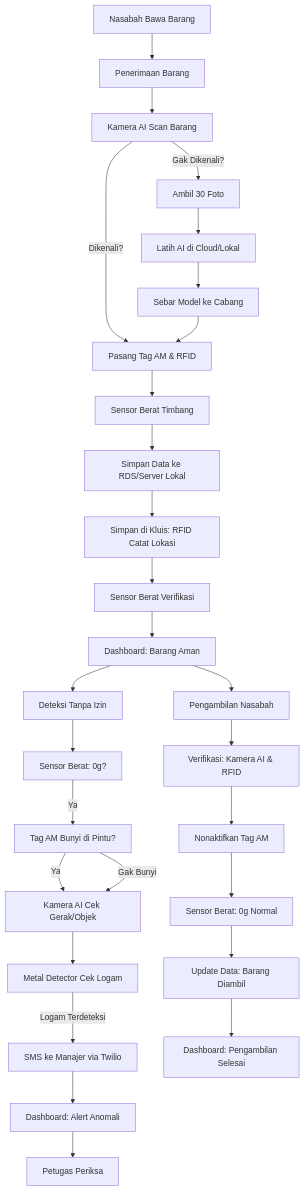
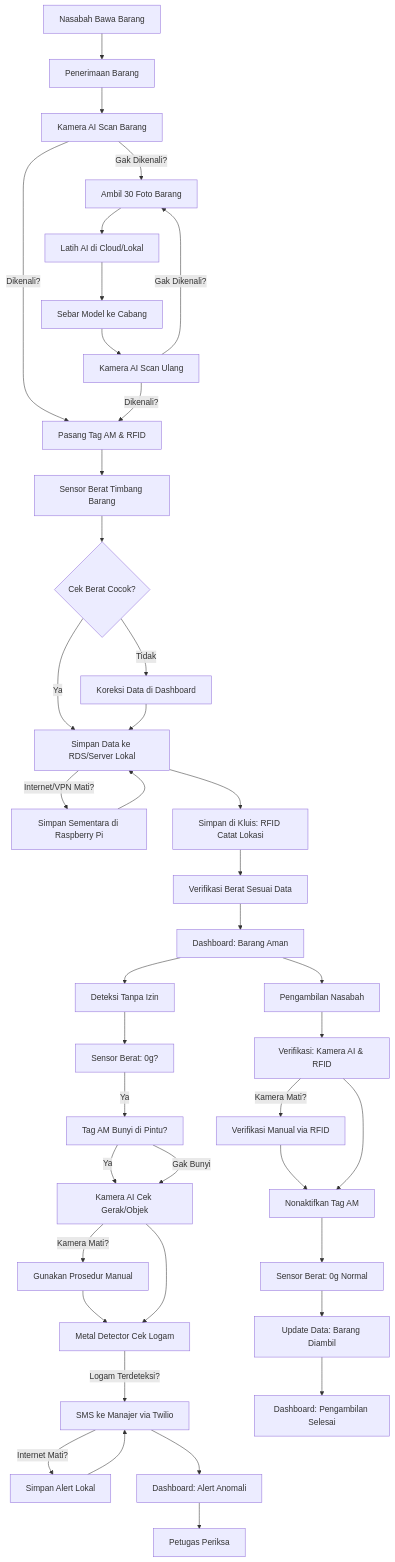
One commit to dionsanjaya/EVSS---Entitas-Vault-Security-System changed the diagram in Simulasi_contoh_kasus.md. Above: the diagram before and after it, drawn with Mermaid.

````diff
--- a/Simulasi_contoh_kasus.md
+++ b/Simulasi_contoh_kasus.md
@@ -264,32 +264,45 @@
 ```mermaid
 graph TD
     A[Nasabah Bawa Barang] --> B[Penerimaan Barang]
     B --> C[Kamera AI Scan Barang]
     C -->|Dikenali?| D[Pasang Tag AM & RFID]
-    C -->|Gak Dikenali?| E[Ambil 30 Foto]
+    C -->|Gak Dikenali?| E[Ambil 30 Foto Barang]
     E --> F[Latih AI di Cloud/Lokal]
     F --> G[Sebar Model ke Cabang]
-    G --> D
-    D --> H[Sensor Berat Timbang]
-    H --> I[Simpan Data ke RDS/Server Lokal]
-    I --> J[Simpan di Kluis: RFID Catat Lokasi]
-    J --> K[Sensor Berat Verifikasi]
-    K --> L[Dashboard: Barang Aman]
+    G --> H[Kamera AI Scan Ulang]
+    H -->|Dikenali?| D
+    H -->|Gak Dikenali?| E
+    D --> I[Sensor Berat Timbang Barang]
+    I --> J{Cek Berat Cocok?}
+    J -->|Ya| K[Simpan Data ke RDS/Server Lokal]
+    J -->|Tidak| L[Koreksi Data di Dashboard]
+    L --> K
+    K -->|Internet/VPN Mati?| M[Simpan Sementara di Raspberry Pi]
+    M --> K
+    K --> N[Simpan di Kluis: RFID Catat Lokasi]
+    N --> O[Verifikasi Berat Sesuai Data]
+    O --> P[Dashboard: Barang Aman]
 
-    L --> M[Deteksi Tanpa Izin]
-    M --> N[Sensor Berat: 0g?]
-    N -->|Ya| O[Tag AM Bunyi di Pintu?]
-    O -->|Ya| P[Kamera AI Cek Gerak/Objek]
-    O -->|Gak Bunyi| P
-    P --> Q[Metal Detector Cek Logam]
-    Q -->|Logam Terdeteksi| R[SMS ke Manajer via Twilio]
-    R --> S[Dashboard: Alert Anomali]
-    S --> T[Petugas Periksa]
+    P --> Q[Deteksi Tanpa Izin]
+    Q --> R[Sensor Berat: 0g?]
+    R -->|Ya| S[Tag AM Bunyi di Pintu?]
+    S -->|Ya| T[Kamera AI Cek Gerak/Objek]
+    S -->|Gak Bunyi| T
+    T -->|Kamera Mati?| U[Gunakan Prosedur Manual]
+    U --> V[Metal Detector Cek Logam]
+    T --> V
+    V -->|Logam Terdeteksi?| W[SMS ke Manajer via Twilio]
+    W -->|Internet Mati?| X[Simpan Alert Lokal]
+    X --> W
+    W --> Y[Dashboard: Alert Anomali]
+    Y --> Z[Petugas Periksa]
 
-    L --> U[Pengambilan Nasabah]
-    U --> V[Verifikasi: Kamera AI & RFID]
-    V --> W[Nonaktifkan Tag AM]
-    W --> X[Sensor Berat: 0g Normal]
-    X --> Y[Update Data: Barang Diambil]
-    Y --> Z[Dashboard: Pengambilan Selesai]
+    P --> AA[Pengambilan Nasabah]
+    AA --> AB[Verifikasi: Kamera AI & RFID]
+    AB -->|Kamera Mati?| AC[Verifikasi Manual via RFID]
+    AC --> AD[Nonaktifkan Tag AM]
+    AB --> AD
+    AD --> AE[Sensor Berat: 0g Normal]
+    AE --> AF[Update Data: Barang Diambil]
+    AF --> AG[Dashboard: Pengambilan Selesai]
 ```
````
